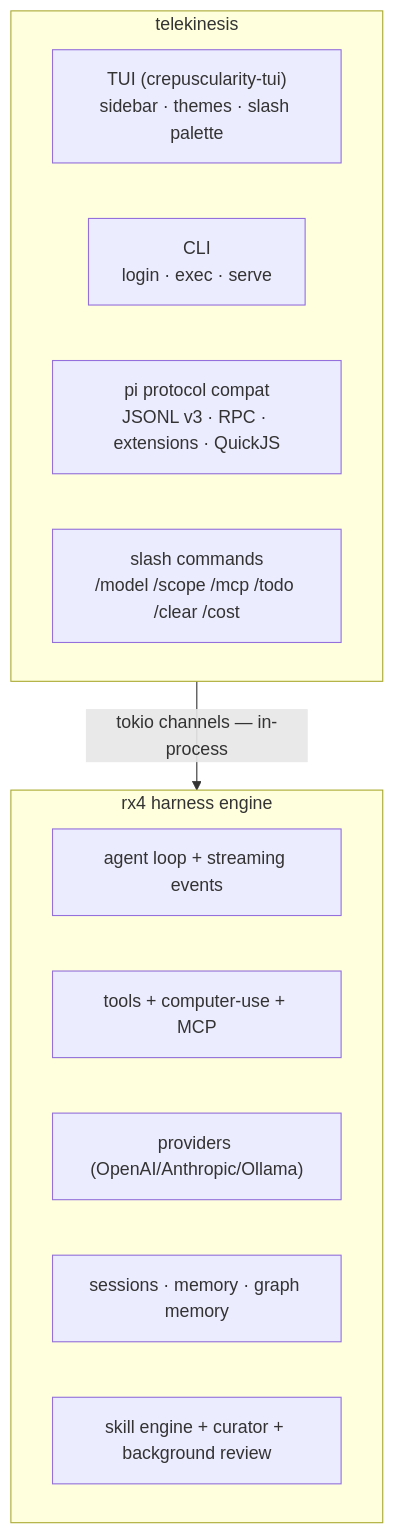
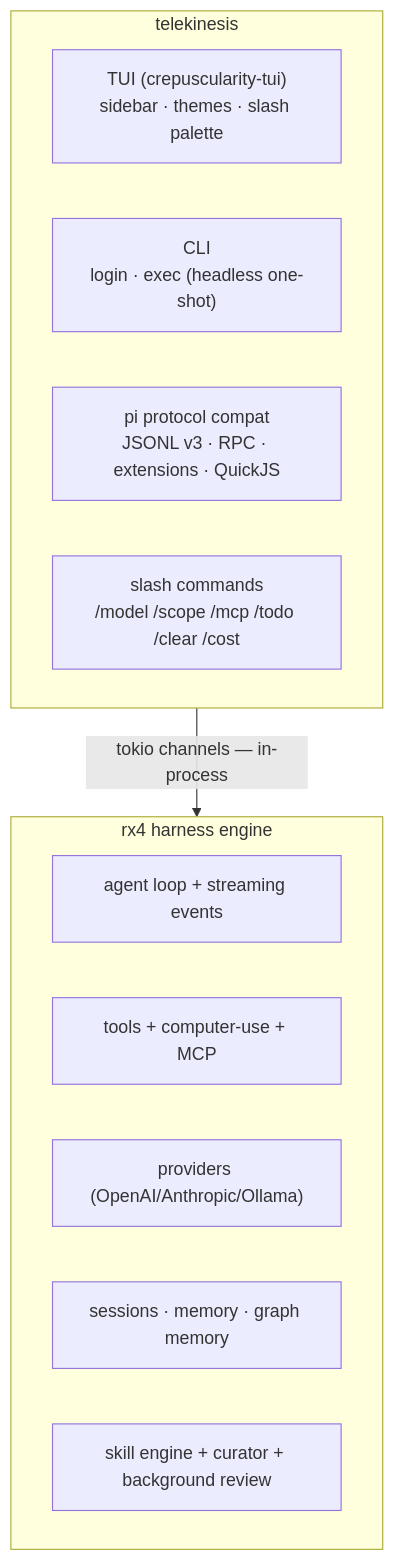
The first of 3 diagrams in AGENTS.md (semitechnological/telekinesis), drawn with Mermaid before and after one commit. The commit also changed 1 other file, not shown here.

Commit message:
feat(tui): add `tk exec`, a headless one-shot run
apollo needs to drive tk as a subagent, and tk had no non-interactive
mode at all. `tk exec` runs one turn with no TUI: final text on stdout,
status and errors on stderr, non-zero exit on failure, `--json` for
machine callers, prompt from argv or stdin, `--cwd` for the workspace.

The agent setup the TUI performs is factored into build_agent so both
surfaces run the same prompt, tools, policy, sandbox and skills.

AGENTS.md claimed a CLI of "login · exec · serve"; only login existed
and serve does not. The diagram now matches the binary.

````diff
--- a/AGENTS.md
+++ b/AGENTS.md
@@ -16,17 +16,17 @@
 ```mermaid
 flowchart TD
   subgraph TK["telekinesis"]
     TUI["TUI (crepuscularity-tui)<br/>sidebar · themes · slash palette"]
-    CLI["CLI<br/>login · exec · serve"]
+    CLI["CLI<br/>login · exec (headless one-shot)"]
     Pi["pi protocol compat<br/>JSONL v3 · RPC · extensions · QuickJS"]
     Slash["slash commands<br/>/model /scope /mcp /todo /clear /cost"]
   end
   TK -->|"tokio channels — in-process"| RX4
   subgraph RX4["rx4 harness engine"]
     Loop["agent loop + streaming events"]
     Tools["tools + computer-use + MCP"]
     Prov["providers (OpenAI/Anthropic/Ollama)"]
     Sess["sessions · memory · graph memory"]
     Skills["skill engine + curator + background review"]
   end
 ```
````
